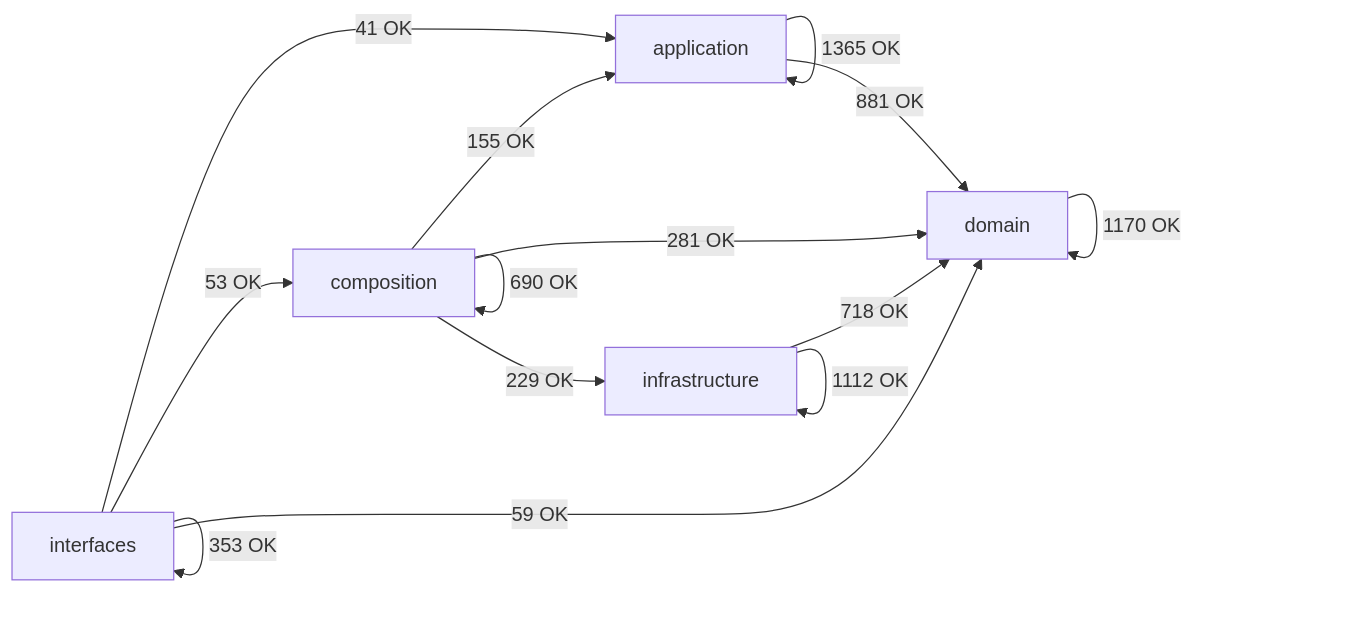
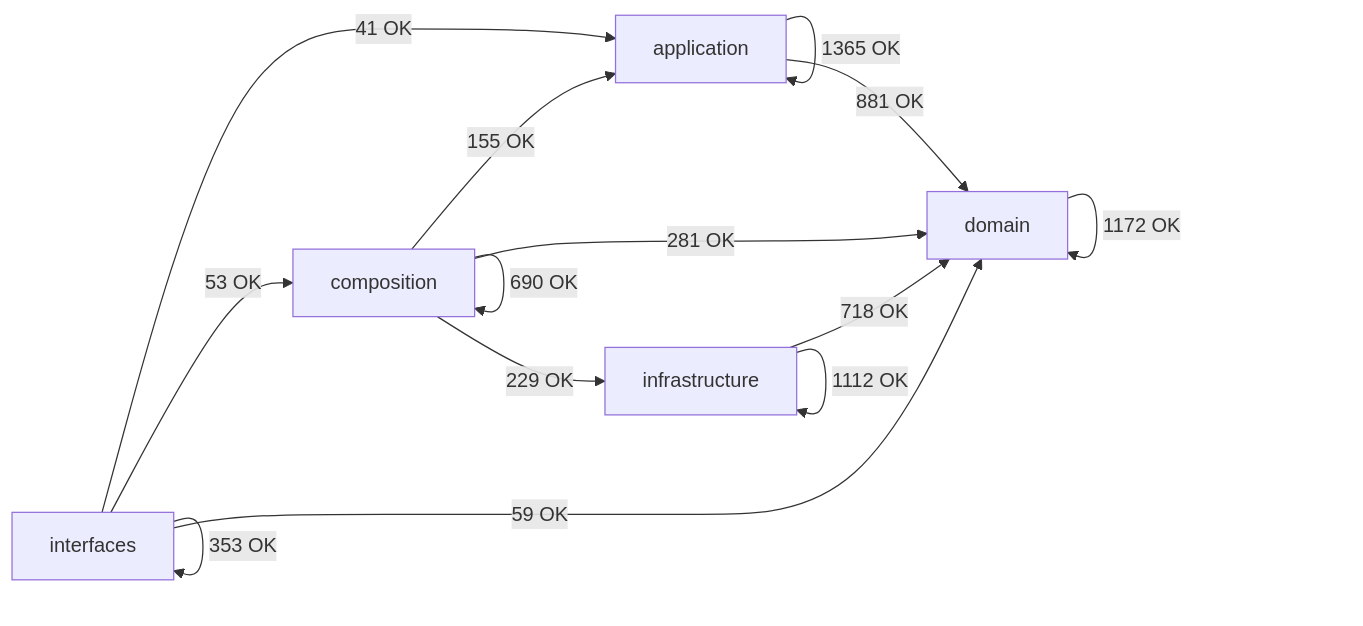
Before and after one commit to SatoryKono/BioactivityDataAcquisition: the diagram in docs/02-architecture/generated/module-dependency-map.md, drawn with Mermaid. The commit also changed other lines of this file and 43 other files, not shown here.

````diff
--- a/docs/02-architecture/generated/module-dependency-map.md
+++ b/docs/02-architecture/generated/module-dependency-map.md
@@ -17,21 +17,21 @@
 ```mermaid
 flowchart LR
     domain[domain]
     application[application]
     infrastructure[infrastructure]
     composition[composition]
     interfaces[interfaces]
     application -->|1365 OK| application
     application -->|881 OK| domain
     composition -->|155 OK| application
     composition -->|690 OK| composition
     composition -->|281 OK| domain
     composition -->|229 OK| infrastructure
-    domain -->|1170 OK| domain
+    domain -->|1172 OK| domain
     infrastructure -->|718 OK| domain
     infrastructure -->|1112 OK| infrastructure
     interfaces -->|41 OK| application
     interfaces -->|53 OK| composition
     interfaces -->|59 OK| domain
     interfaces -->|353 OK| interfaces
 ```
````
